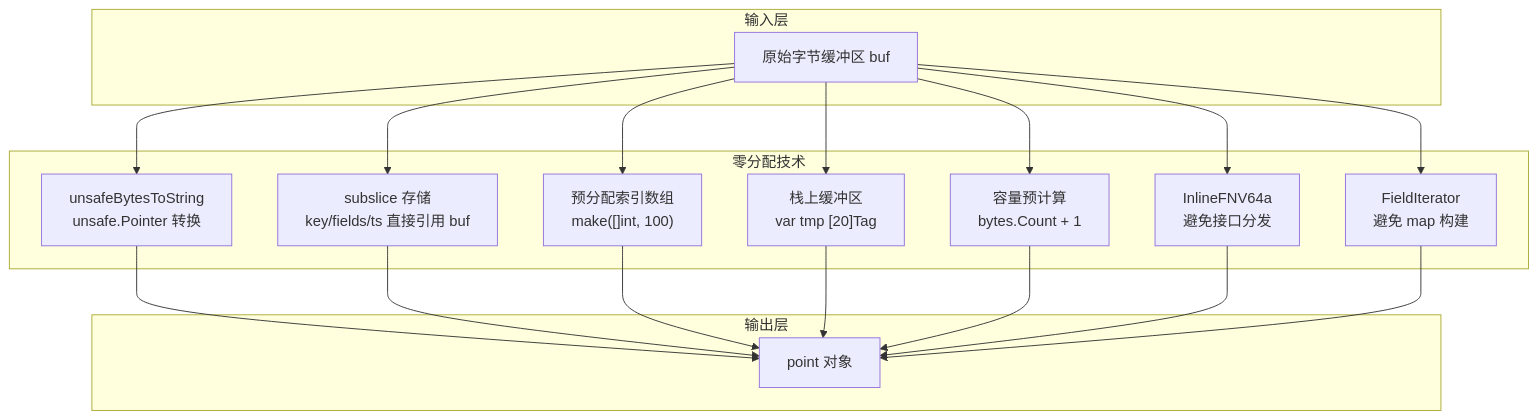
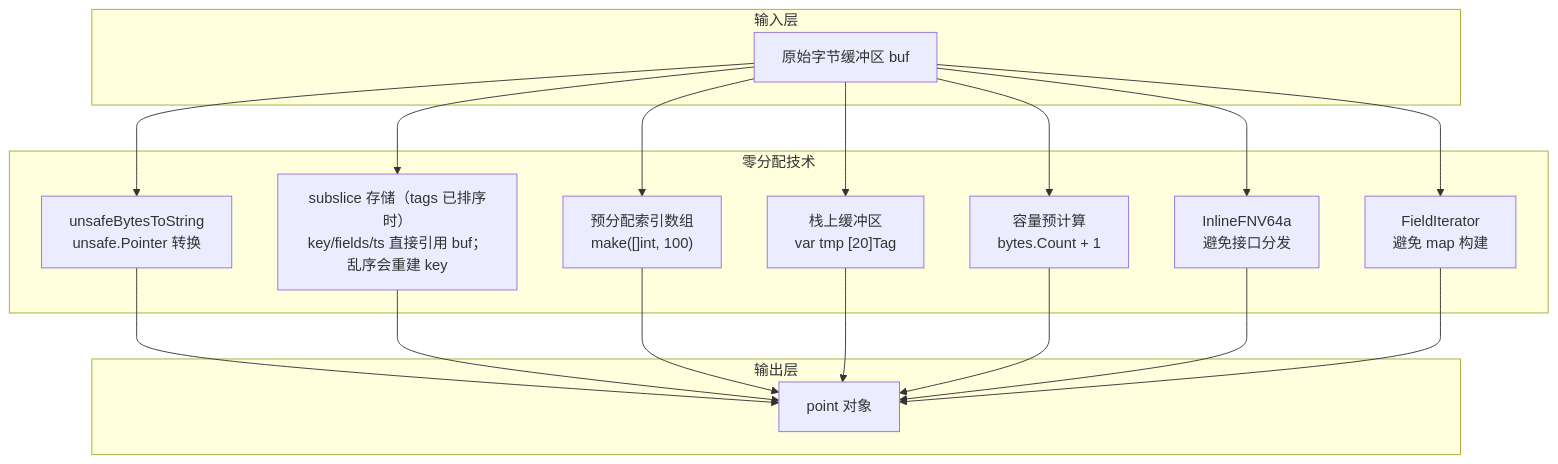
One commit to stefanv5/influxdb changed diagram 12 of 13 in docs/specs/13_line_protocol_parser_spec.md. Above: the diagram before and after it, drawn with Mermaid. The commit also changed other lines of this file and 16 other files, not shown here.

First line of the commit message:
docs: correct and deepen the 17 architecture specs

````diff
--- a/docs/specs/13_line_protocol_parser_spec.md
+++ b/docs/specs/13_line_protocol_parser_spec.md
@@ -1515,36 +1604,36 @@
 ```mermaid
 flowchart TD
     subgraph "输入层"
         A["原始字节缓冲区 buf"]
     end
 
     subgraph "零分配技术"
         B["unsafeBytesToString<br>unsafe.Pointer 转换"]
-        C["subslice 存储<br>key/fields/ts 直接引用 buf"]
+        C["subslice 存储（tags 已排序时）<br>key/fields/ts 直接引用 buf；乱序会重建 key"]
         D["预分配索引数组<br>make([]int, 100)"]
         E["栈上缓冲区<br>var tmp [20]Tag"]
         F["容量预计算<br>bytes.Count + 1"]
         G["InlineFNV64a<br>避免接口分发"]
         H["FieldIterator<br>避免 map 构建"]
     end
 
     subgraph "输出层"
         I["point 对象"]
     end
 
     A --> B
     A --> C
     A --> D
     A --> E
     A --> F
     A --> G
     A --> H
 
     B --> I
     C --> I
     D --> I
     E --> I
     F --> I
     G --> I
     H --> I
 ```
````
